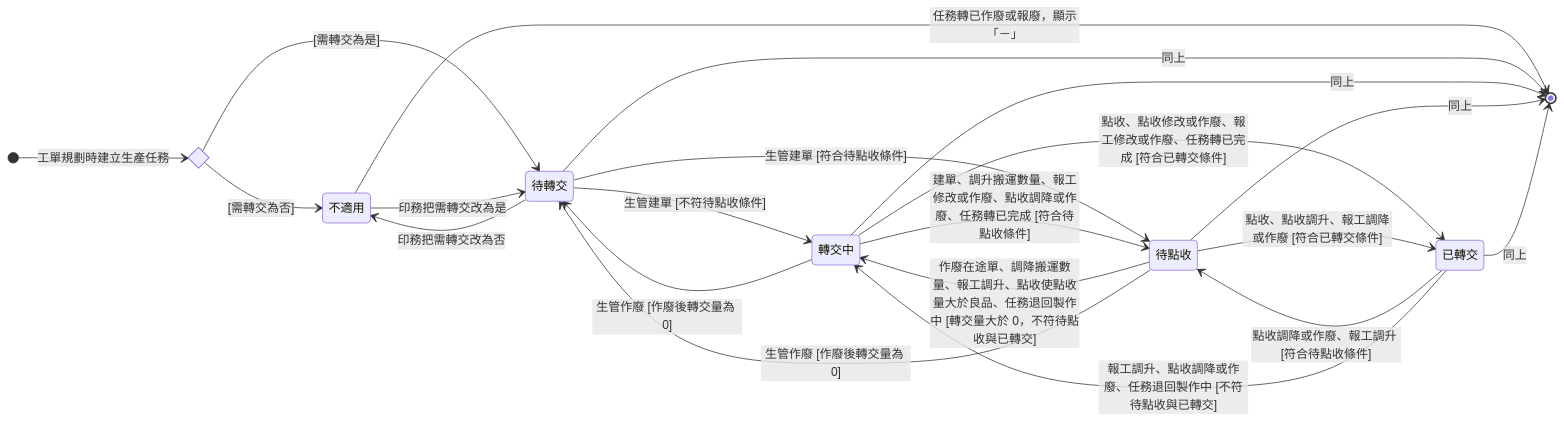
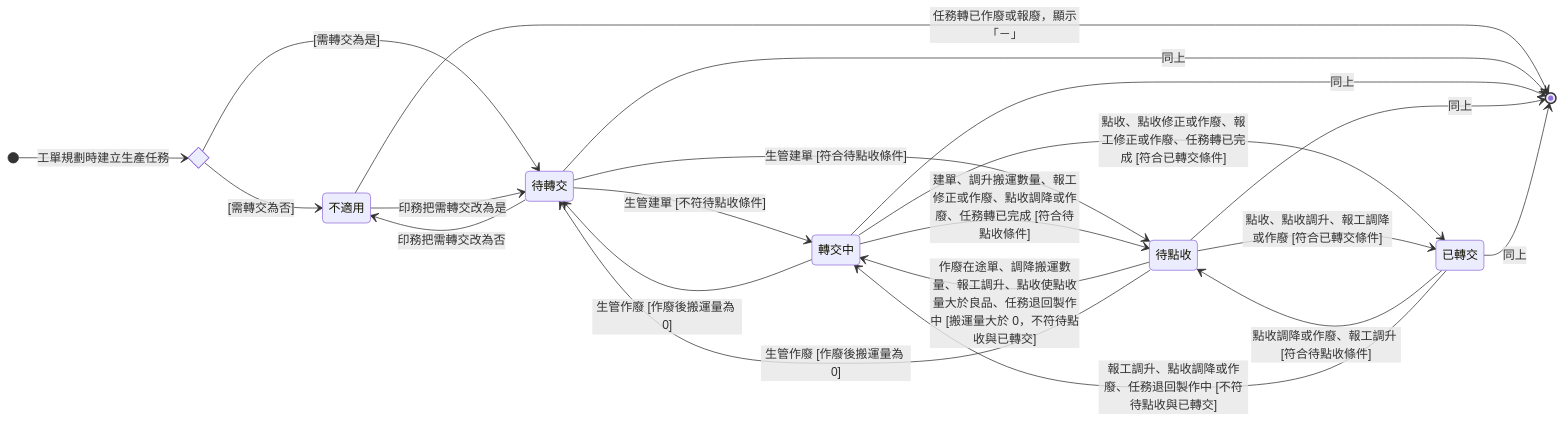
Before and after one commit to Kawato-Miles/erp-spec: the diagram in memory/Sens_wiki/wiki/erp/06-state-machines/生產任務轉交狀態.md, drawn with Mermaid. The commit also changed other lines of this file and 66 other files, not shown here.

````diff
--- a/memory/Sens_wiki/wiki/erp/06-state-machines/生產任務轉交狀態.md
+++ b/memory/Sens_wiki/wiki/erp/06-state-machines/生產任務轉交狀態.md
@@ -67,36 +68,36 @@
 ```mermaid
 stateDiagram-v2
     direction LR
 
     state c_init <<choice>>
     [*] --> c_init : 工單規劃時建立生產任務
 
     state "不適用" as t_na
     state "待轉交" as t_pending
     state "轉交中" as t_moving
     state "待點收" as t_await
     state "已轉交" as t_done
 
     c_init --> t_na : [需轉交為否]
     c_init --> t_pending : [需轉交為是]
     t_na --> t_pending : 印務把需轉交改為是
     t_pending --> t_na : 印務把需轉交改為否
 
     t_pending --> t_moving : 生管建單 [不符待點收條件]
     t_pending --> t_await : 生管建單 [符合待點收條件]
-    t_moving --> t_await : 建單、調升搬運數量、報工修改或作廢、點收調降或作廢、任務轉已完成 [符合待點收條件]
-    t_moving --> t_done : 點收、點收修改或作廢、報工修改或作廢、任務轉已完成 [符合已轉交條件]
+    t_moving --> t_await : 建單、調升搬運數量、報工修正或作廢、點收調降或作廢、任務轉已完成 [符合待點收條件]
+    t_moving --> t_done : 點收、點收修正或作廢、報工修正或作廢、任務轉已完成 [符合已轉交條件]
     t_await --> t_done : 點收、點收調升、報工調降或作廢 [符合已轉交條件]
 
-    t_await --> t_moving : 作廢在途單、調降搬運數量、報工調升、點收使點收量大於良品、任務退回製作中 [轉交量大於 0，不符待點收與已轉交]
+    t_await --> t_moving : 作廢在途單、調降搬運數量、報工調升、點收使點收量大於良品、任務退回製作中 [搬運量大於 0，不符待點收與已轉交]
     t_done --> t_await : 點收調降或作廢、報工調升 [符合待點收條件]
     t_done --> t_moving : 報工調升、點收調降或作廢、任務退回製作中 [不符待點收與已轉交]
-    t_moving --> t_pending : 生管作廢 [作廢後轉交量為 0]
-    t_await --> t_pending : 生管作廢 [作廢後轉交量為 0]
+    t_moving --> t_pending : 生管作廢 [作廢後搬運量為 0]
+    t_await --> t_pending : 生管作廢 [作廢後搬運量為 0]
 
     t_na --> [*] : 任務轉已作廢或報廢，顯示「－」
     t_pending --> [*] : 同上
     t_moving --> [*] : 同上
     t_await --> [*] : 同上
     t_done --> [*] : 同上
 ```
````
